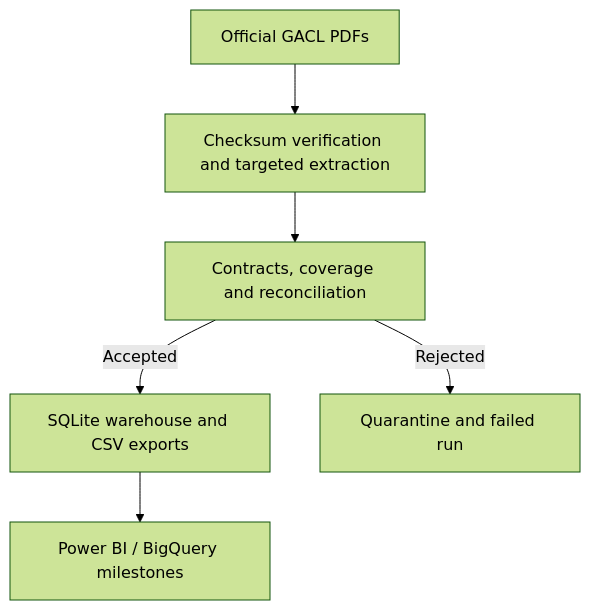
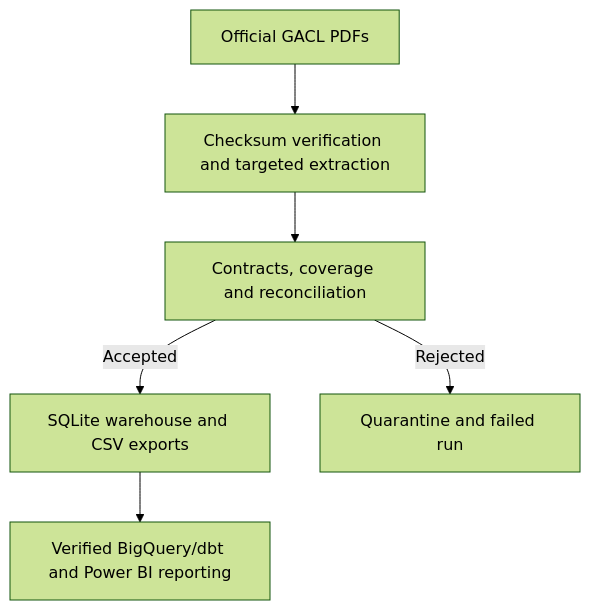
The first of 2 diagrams in docs/ARCHITECTURE.md (Saurabhzambare/gacl-public-disclosure-pipeline), drawn with Mermaid (forest theme) before and after one commit. The commit also changed other lines of this file and 29 other files, not shown here.

````diff
--- a/docs/ARCHITECTURE.md
+++ b/docs/ARCHITECTURE.md
@@ -5,8 +5,8 @@
 ```mermaid
 flowchart TD
     A["Official GACL PDFs"] --> B["Checksum verification and targeted extraction"]
     B --> C["Contracts, coverage and reconciliation"]
     C -->|Accepted| D["SQLite warehouse and CSV exports"]
     C -->|Rejected| E["Quarantine and failed run"]
-    D --> F["Power BI / BigQuery milestones"]
+    D --> F["Verified BigQuery/dbt and Power BI reporting"]
 ```
````
